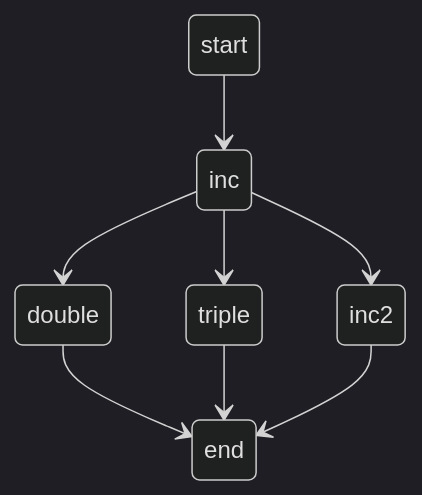
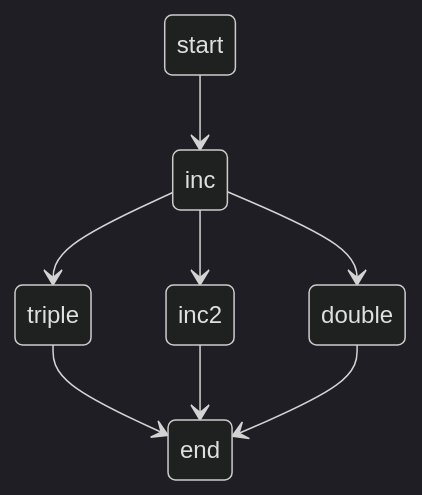
The diagram in graph/graph_visualize_test_2ItrsInSameSuperStep.md (nquangtrung/agentgo), drawn with Mermaid (dark theme) before and after one commit. The commit also changed other lines of this file and 10 other files, not shown here.

````diff
--- a/graph/graph_visualize_test_2ItrsInSameSuperStep.md
+++ b/graph/graph_visualize_test_2ItrsInSameSuperStep.md
@@ -1,17 +1,17 @@
 ```mermaid
 stateDiagram-v2
-    state "inc2" as inc2
-    state "double" as double
     state "triple" as triple
     state "start" as start
     state "end" as end
     state "inc" as inc
+    state "inc2" as inc2
+    state "double" as double
+    triple --> end : 
+    inc2 --> end : 
     start --> inc : 
     inc --> inc2 : 
     inc --> double : 
     inc --> triple : 
     double --> end : 
-    triple --> end : 
-    inc2 --> end : 
 
 ```
````
